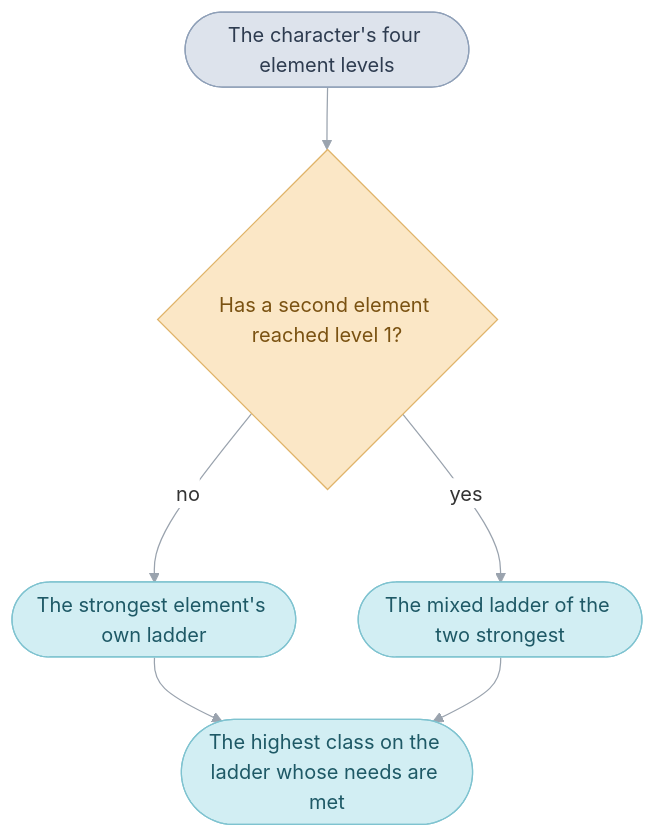
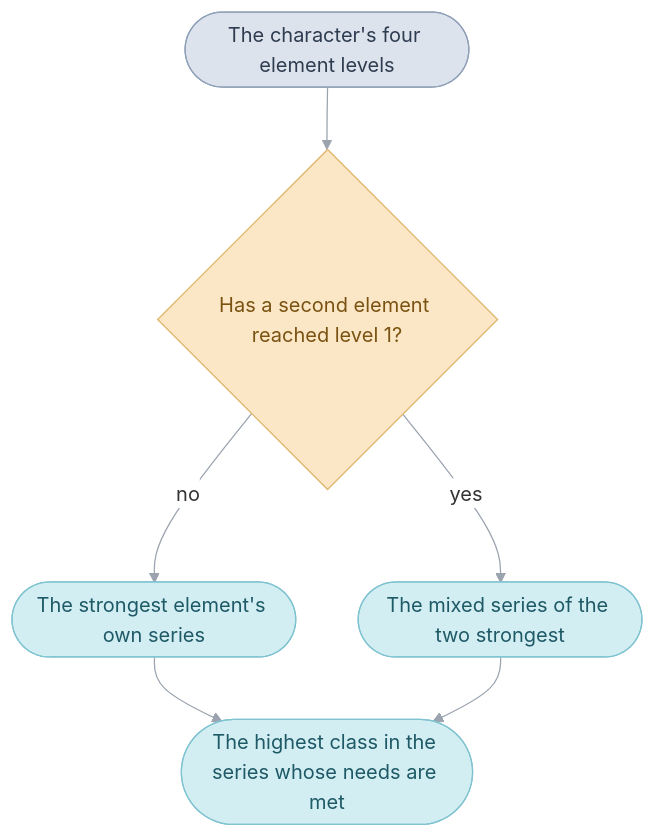
The fourth of 5 diagrams in games/tbs/src/game/README.md (PascalPixel/alchemy), drawn with Mermaid before and after one commit. The commit also changed other lines of this file and 20 other files, not shown here.

````diff
--- a/games/tbs/src/game/README.md
+++ b/games/tbs/src/game/README.md
@@ -476,15 +476,15 @@
 ```mermaid
 %%{init: {"theme": "base", "themeVariables": {"lineColor": "#9AA3AE", "edgeLabelBackground": "#FFFFFF"}, "flowchart": {"curve": "basis", "padding": 12}}}%%
 flowchart TD
   levels(["The character's four element levels"]) --> second{"Has a second element reached level 1?"}
-  second -- "no" --> single(["The strongest element's own ladder"])
-  second -- "yes" --> mixed(["The mixed ladder of the two strongest"])
-  single --> top(["The highest class on the ladder whose needs are met"])
+  second -- "no" --> single(["The strongest element's own series"])
+  second -- "yes" --> mixed(["The mixed series of the two strongest"])
+  single --> top(["The highest class in the series whose needs are met"])
   mixed --> top
   classDef mainRoutine fill:#DDE3EC,stroke:#8FA0B8,color:#2E3C50
   classDef frame fill:#FBE7C6,stroke:#E0B46A,color:#7A5212
   classDef sequence fill:#D2EEF3,stroke:#7FC3D0,color:#1E5966
   class levels mainRoutine
   class second frame
   class single,mixed,top sequence
 ```
````
